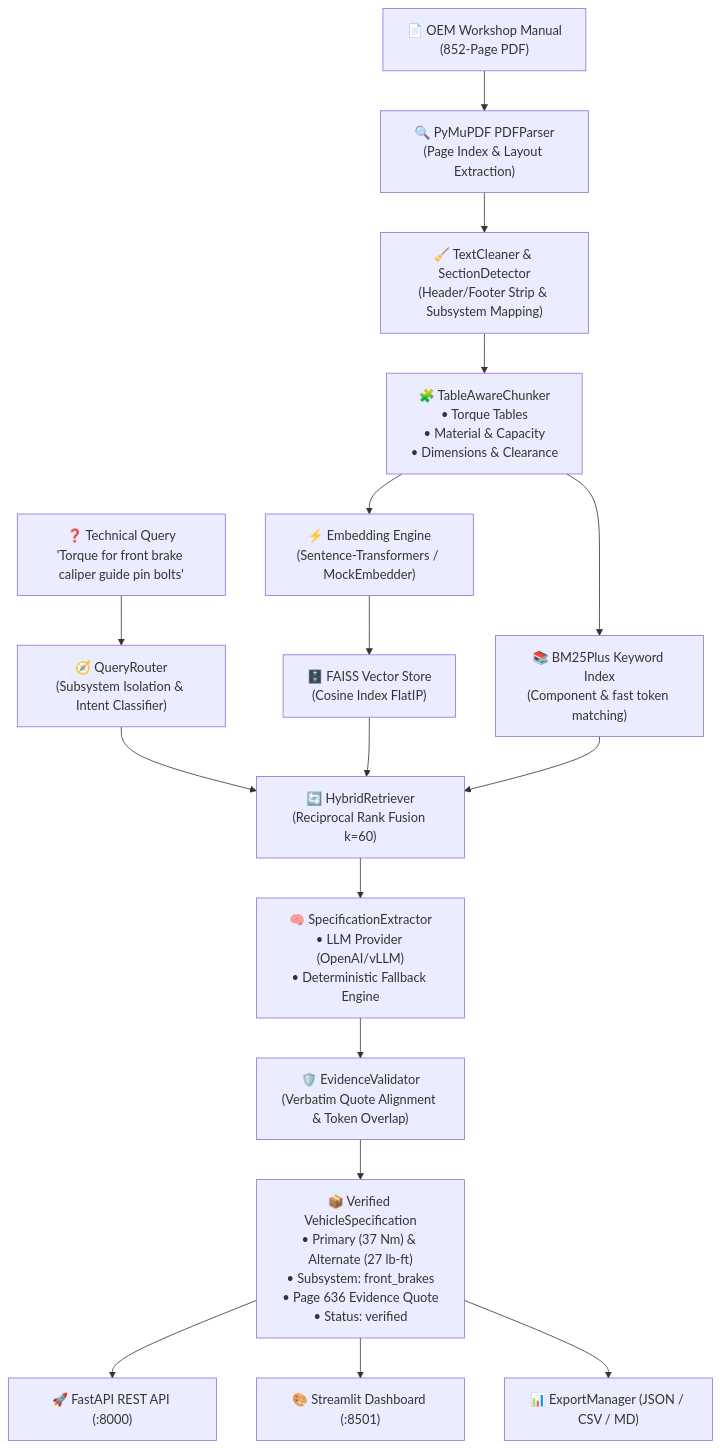
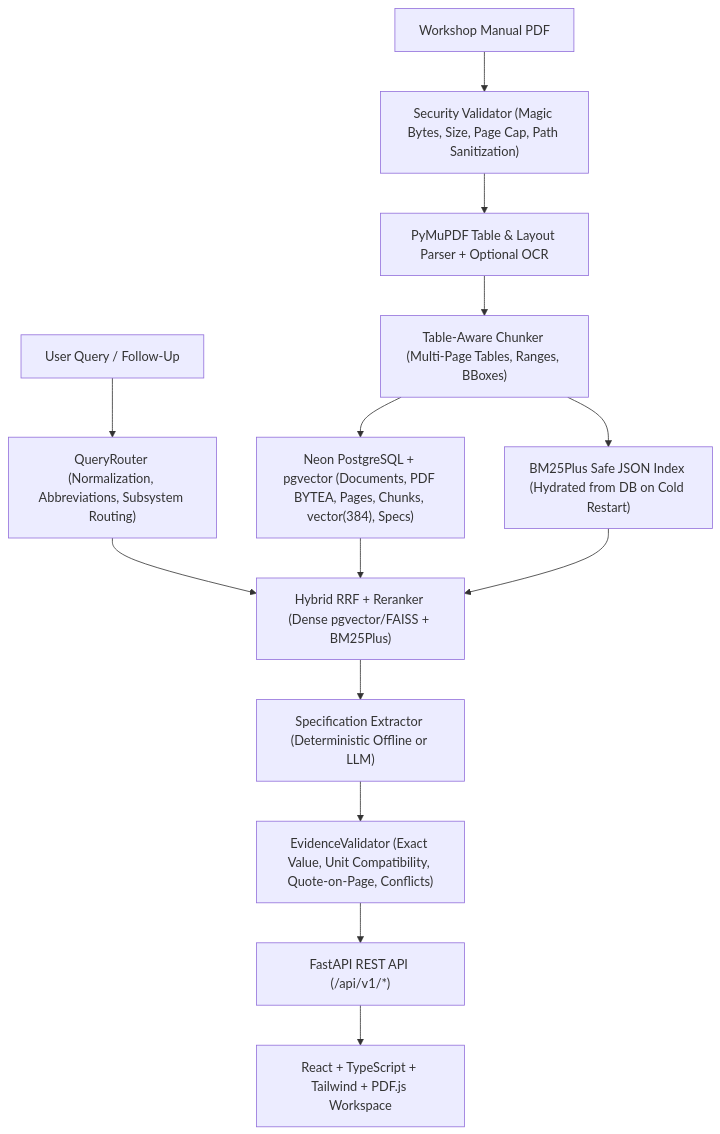
One commit to astha-2004-code/AutoSpec-AI changed the diagram in README.md. Above: the diagram before and after it, drawn with Mermaid. The commit also changed other lines of this file and 93 other files, not shown here.

````diff
--- a/README.md
+++ b/README.md
@@ -31,26 +24,18 @@
 ```mermaid
 flowchart TD
-    PDF["📄 OEM Workshop Manual<br/>(852-Page PDF)"] --> Parser["🔍 PyMuPDF PDFParser<br/>(Page Index & Layout Extraction)"]
-    Parser --> Cleaner["🧹 TextCleaner & SectionDetector<br/>(Header/Footer Strip & Subsystem Mapping)"]
-    Cleaner --> Chunker["🧩 TableAwareChunker<br/>• Torque Tables<br/>• Material & Capacity<br/>• Dimensions & Clearance"]
-    
-    Chunker --> Embedder["⚡ Embedding Engine<br/>(Sentence-Transformers / MockEmbedder)"]
-    Chunker --> BM25["📚 BM25Plus Keyword Index<br/>(Component & fast token matching)"]
-    Embedder --> FAISS["🗄️ FAISS Vector Store<br/>(Cosine Index FlatIP)"]
+    PDF["Workshop Manual PDF"] --> SecVal["Security Validator (Magic Bytes, Size, Page Cap, Path Sanitization)"]
+    SecVal --> Parser["PyMuPDF Table & Layout Parser + Optional OCR"]
+    Parser --> Chunker["Table-Aware Chunker (Multi-Page Tables, Ranges, BBoxes)"]
+    Chunker --> PG["Neon PostgreSQL + pgvector (Documents, PDF BYTEA, Pages, Chunks, vector(384), Specs)"]
+    Chunker --> BM25["BM25Plus Safe JSON Index (Hydrated from DB on Cold Restart)"]
 
-    Query["❓ Technical Query<br/>'Torque for front brake caliper guide pin bolts'"] --> Router["🧭 QueryRouter<br/>(Subsystem Isolation & Intent Classifier)"]
-    
-    Router --> Hybrid["🔄 HybridRetriever<br/>(Reciprocal Rank Fusion k=60)"]
-    FAISS --> Hybrid
+    Query["User Query / Follow-Up"] --> Router["QueryRouter (Normalization, Abbreviations, Subsystem Routing)"]
+    Router --> Hybrid["Hybrid RRF + Reranker (Dense pgvector/FAISS + BM25Plus)"]
+    PG --> Hybrid
     BM25 --> Hybrid
-    
-    Hybrid --> Extractor["🧠 SpecificationExtractor<br/>• LLM Provider (OpenAI/vLLM)<br/>• Deterministic Fallback Engine"]
-    
-    Extractor --> Validator["🛡️ EvidenceValidator<br/>(Verbatim Quote Alignment & Token Overlap)"]
-    
-    Validator --> Output["📦 Verified VehicleSpecification<br/>• Primary (37 Nm) & Alternate (27 lb-ft)<br/>• Subsystem: front_brakes<br/>• Page 636 Evidence Quote<br/>• Status: verified"]
 
-    Output --> REST["🚀 FastAPI REST API (:8000)"]
-    Output --> UI["🎨 Streamlit Dashboard (:8501)"]
-    Output --> Export["📊 ExportManager (JSON / CSV / MD)"]
+    Hybrid --> Extractor["Specification Extractor (Deterministic Offline or LLM)"]
+    Extractor --> Validator["EvidenceValidator (Exact Value, Unit Compatibility, Quote-on-Page, Conflicts)"]
+    Validator --> API["FastAPI REST API (/api/v1/*)"]
+    API --> Web["React + TypeScript + Tailwind + PDF.js Workspace"]
 ```
````
